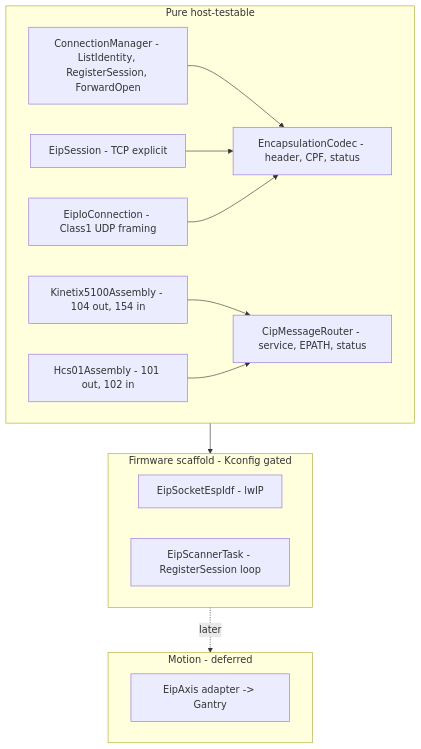
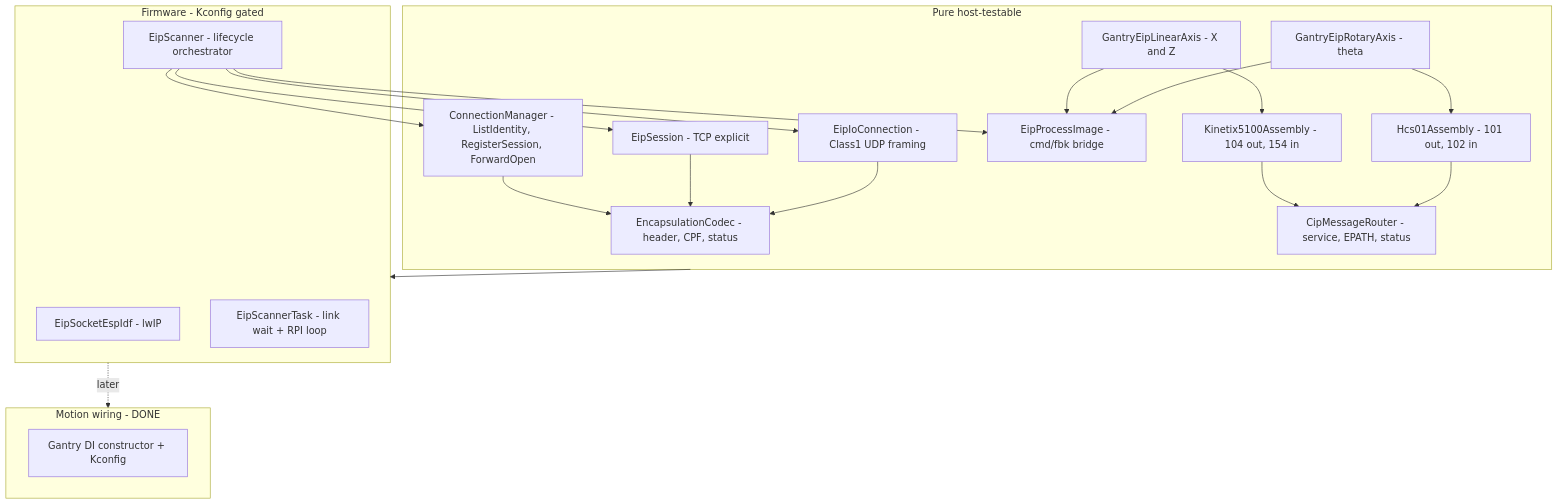
The diagram in docs/EIP_MIGRATION.md (Mynderse-Research-Lab/wt32-eth01-FreeRTOS), drawn with Mermaid before and after one commit. The commit also changed other lines of this file and 10 other files, not shown here.

First line of the commit message:
add drive-managed endstop mode, EIP scanner Kconfig knobs, bench validation docs

````diff
--- a/docs/EIP_MIGRATION.md
+++ b/docs/EIP_MIGRATION.md
@@ -288,26 +288,38 @@
 ```mermaid
 flowchart TB
   subgraph pure [Pure host-testable]
     enc["EncapsulationCodec - header, CPF, status"]
     cip["CipMessageRouter - service, EPATH, status"]
     cm["ConnectionManager - ListIdentity, RegisterSession, ForwardOpen"]
     k5100["Kinetix5100Assembly - 104 out, 154 in"]
     hcs01["Hcs01Assembly - 101 out, 102 in"]
+    img["EipProcessImage - cmd/fbk bridge"]
+    eipLin["GantryEipLinearAxis - X and Z"]
+    eipRot["GantryEipRotaryAxis - theta"]
     sess["EipSession - TCP explicit"]
     io["EipIoConnection - Class1 UDP framing"]
   end
-  subgraph fw [Firmware scaffold - Kconfig gated]
+  subgraph fw [Firmware - Kconfig gated]
     sock["EipSocketEspIdf - lwIP"]
-    task["EipScannerTask - RegisterSession loop"]
+    scan["EipScanner - lifecycle orchestrator"]
+    task["EipScannerTask - link wait + RPI loop"]
   end
-  subgraph motion [Motion - deferred]
-    axis["EipAxis adapter -> Gantry"]
+  subgraph motion [Motion wiring - DONE]
+    axis["Gantry DI constructor + Kconfig"]
   end
   cm --> enc
   k5100 --> cip
   hcs01 --> cip
   sess --> enc
   io --> enc
+  scan --> sess
+  scan --> io
+  scan --> cm
+  scan --> img
+  eipLin --> img
+  eipRot --> img
+  eipLin --> k5100
+  eipRot --> hcs01
   pure --> fw
   fw -. later .-> motion
 ```
````
